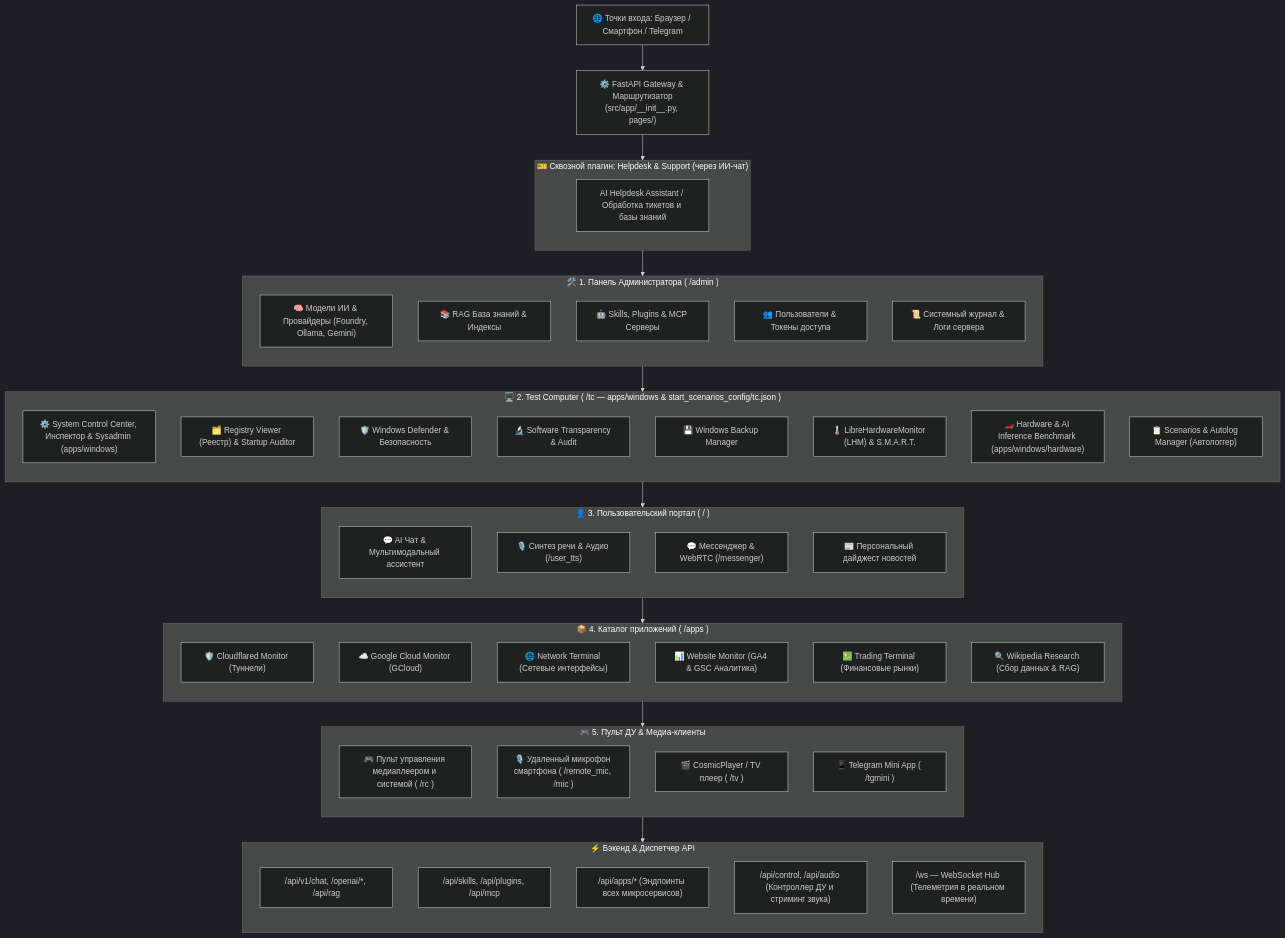
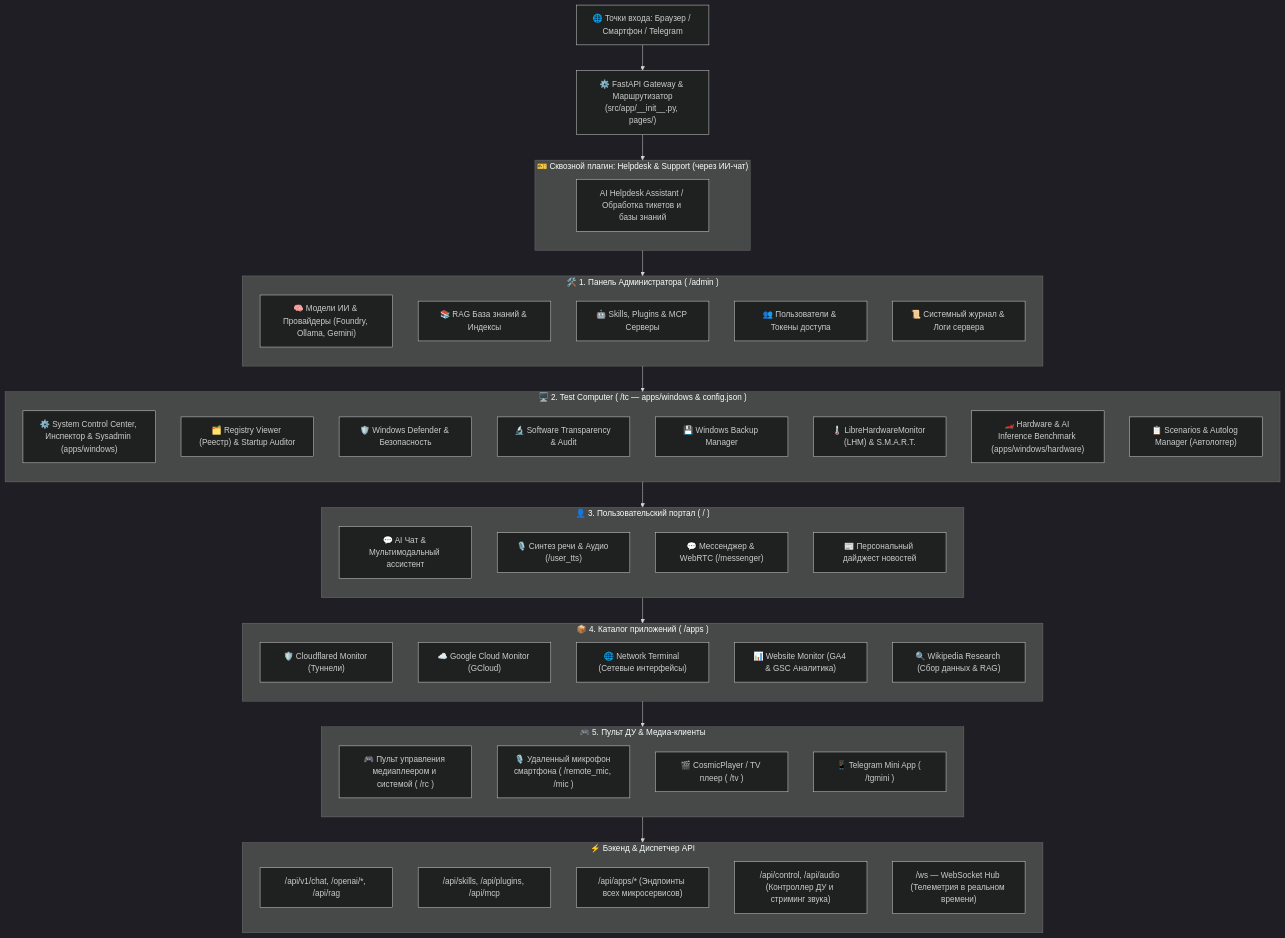
One commit to hypo69/AI-TC changed the diagram in docs/ru/manual/web_interfaces.md. Above: the diagram before and after it, drawn with Mermaid (dark theme). The commit also changed other lines of this file and 1672 other files, not shown here.

````diff
--- a/docs/ru/manual/web_interfaces.md
+++ b/docs/ru/manual/web_interfaces.md
@@ -21,81 +21,80 @@
 ```mermaid
 flowchart TD
     %% 1. Клиенты
     Клиенты["🌐 Точки входа: Браузер / Смартфон / Telegram"]
     --> Шлюз["⚙️ FastAPI Gateway & Маршрутизатор\n(src/app/__init__.py, pages/)"]
 
     %% 2. Сквозной Helpdesk
     Шлюз --> CrossLayer
     subgraph CrossLayer["🎫 Сквозной плагин: Helpdesk & Support (через ИИ-чат)"]
         direction TB
         HD["AI Helpdesk Assistant / Обработка тикетов и базы знаний"]
     end
 
     %% 3. [1] Панель Администратора
     CrossLayer --> Админ
     subgraph Админ["🛠️ 1. Панель Администратора ( /admin )"]
         direction TB
         A1["🧠 Модели ИИ & Провайдеры (Foundry, Ollama, Gemini)"]
         A2["📚 RAG База знаний & Индексы"]
         A3["🤖 Skills, Plugins & MCP Серверы"]
         A4["👥 Пользователи & Токены доступа"]
         A5["📜 Системный журнал & Логи сервера"]
     end
 
     %% 4. [2] Test Computer
     Админ --> TC
-    subgraph TC["🖥️ 2. Test Computer ( /tc — apps/windows & start_scenarios_config/tc.json )"]
+    subgraph TC["🖥️ 2. Test Computer ( /tc — apps/windows & config.json )"]
         direction TB
         W1["⚙️ System Control Center, Инспектор & Sysadmin (apps/windows)"]
         W2["🗂️ Registry Viewer (Реестр) & Startup Auditor"]
         W3["🛡️ Windows Defender & Безопасность"]
         W4["🔬 Software Transparency & Audit"]
         W5["💾 Windows Backup Manager"]
         H1["🌡️ LibreHardwareMonitor (LHM) & S.M.A.R.T."]
         H2["🏎️ Hardware & AI Inference Benchmark (apps/windows/hardware)"]
         H3["📋 Scenarios & Autolog Manager (Автологгер)"]
     end
 
     %% 5. [3] Пользовательский портал
     TC --> Пользователь
     subgraph Пользователь["👤 3. Пользовательский портал ( / )"]
         direction TB
         U1["💬 AI Чат & Мультимодальный ассистент"]
         U2["🎙️ Синтез речи & Аудио (/user_tts)"]
         U3["💬 Мессенджер & WebRTC (/messenger)"]
         U4["📰 Персональный дайджест новостей"]
     end
 
     %% 6. [4] Каталог приложений
     Пользователь --> Apps
     subgraph Apps["📦 4. Каталог приложений ( /apps )"]
         direction TB
         AC1["🛡️ Cloudflared Monitor (Туннели)"]
         AC2["☁️ Google Cloud Monitor (GCloud)"]
         AC3["🌐 Network Terminal (Сетевые интерфейсы)"]
         AB1["📊 Website Monitor (GA4 & GSC Аналитика)"]
-        AB2["💹 Trading Terminal (Финансовые рынки)"]
         AB3["🔍 Wikipedia Research (Сбор данных & RAG)"]
     end
 
     %% 7. [5] Пульт ДУ и Медиа
     Apps --> МедиаRC
     subgraph МедиаRC["🎮 5. Пульт ДУ & Медиа-клиенты"]
         direction TB
         RC1["🎮 Пульт управления медиаплеером и системой ( /rc )"]
         RC2["🎙️ Удаленный микрофон смартфона ( /remote_mic, /mic )"]
         RC3["🎬 CosmicPlayer / TV плеер ( /tv )"]
         RC4["📱 Telegram Mini App ( /tgmini )"]
     end
 
     %% 8. Бэкенд
     МедиаRC --> Бэкенд
     subgraph Бэкенд["⚡ Бэкенд & Диспетчер API"]
         direction TB
         B1["/api/v1/chat, /openai/*, /api/rag"]
         B2["/api/skills, /api/plugins, /api/mcp"]
         B3["/api/apps/* (Эндпоинты всех микросервисов)"]
         B4["/api/control, /api/audio (Контроллер ДУ и стриминг звука)"]
         B5["/ws — WebSocket Hub (Телеметрия в реальном времени)"]
     end
 ```
````
